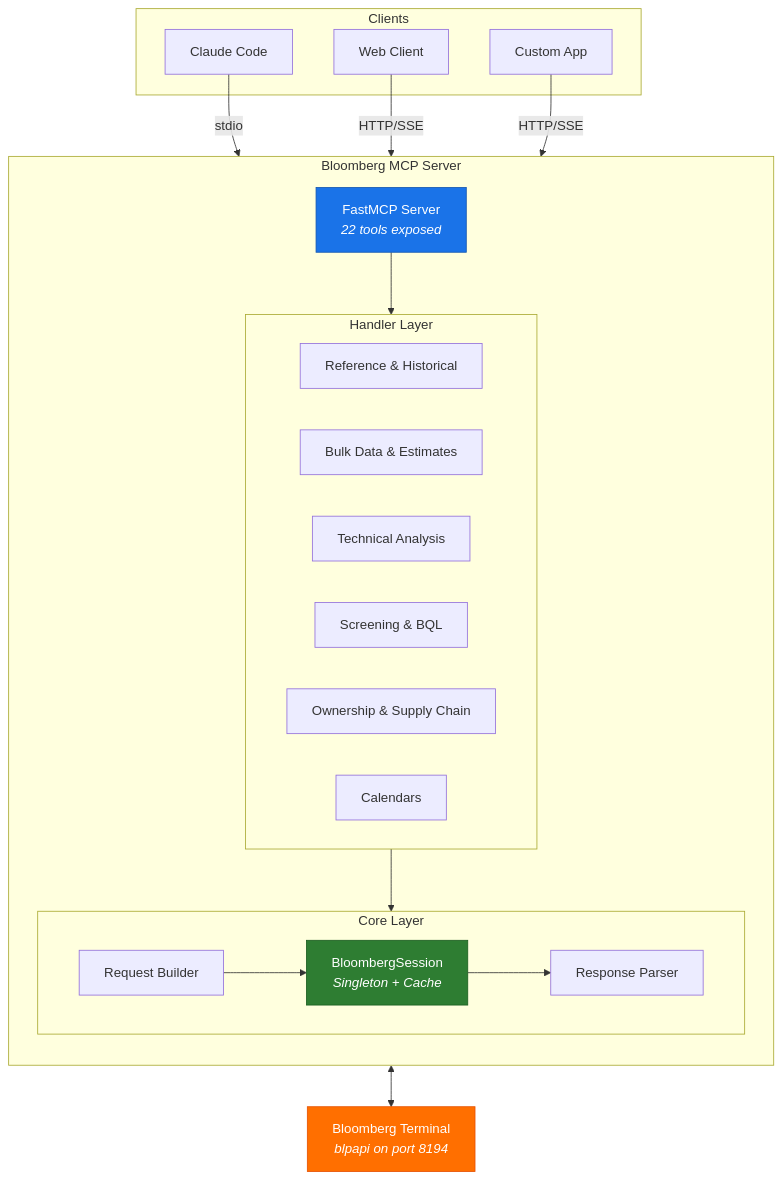
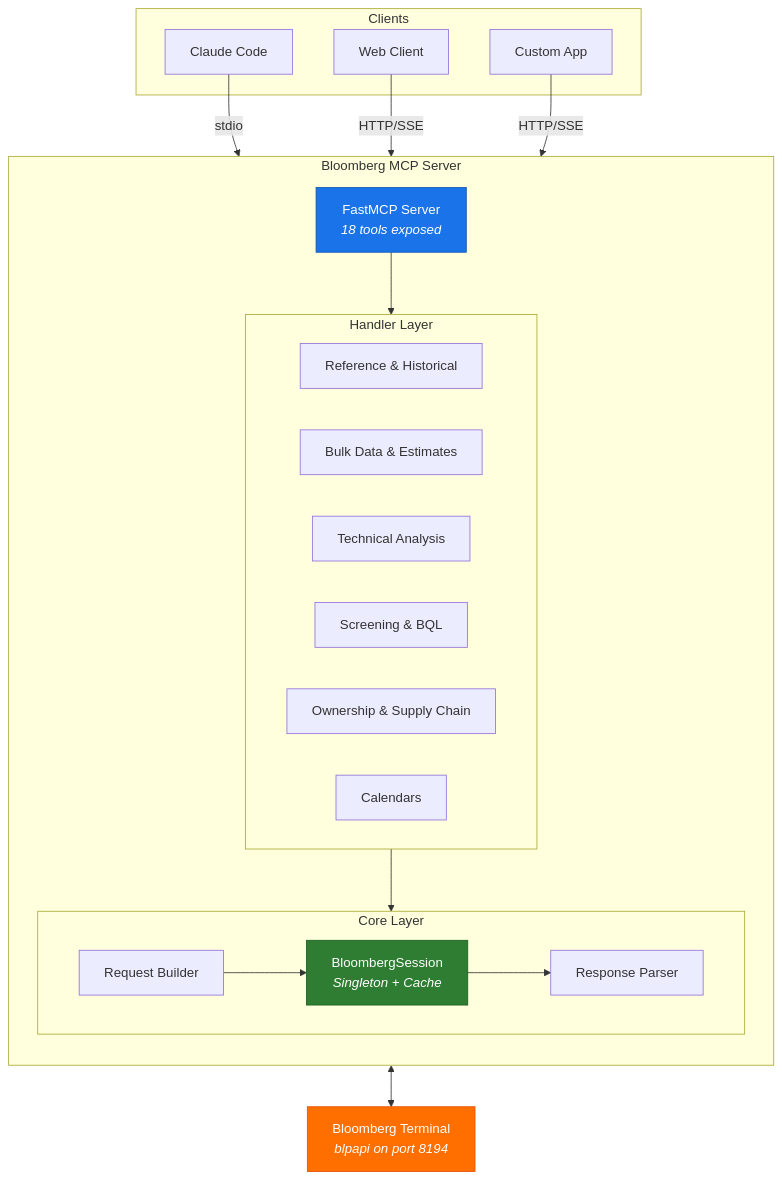
The first of 7 diagrams in README.md (QmQsun/Bloomberg-MCP), drawn with Mermaid before and after one commit. The commit also changed other lines of this file and 14 other files, not shown here.

````diff
--- a/README.md
+++ b/README.md
@@ -25,45 +25,45 @@
 ```mermaid
 graph TB
     subgraph Clients
         CC[Claude Code]
         WC[Web Client]
         CA[Custom App]
     end
 
     subgraph "Bloomberg MCP Server"
         direction TB
-        MCP["FastMCP Server<br/><i>22 tools exposed</i>"]
+        MCP["FastMCP Server<br/><i>18 tools exposed</i>"]
 
         subgraph Handlers["Handler Layer"]
             direction LR
             REF[Reference & Historical]
             BULK[Bulk Data & Estimates]
             TA[Technical Analysis]
             SCREEN[Screening & BQL]
             OWN[Ownership & Supply Chain]
             CAL[Calendars]
         end
 
         subgraph Core["Core Layer"]
             direction LR
             SESSION["BloombergSession<br/><i>Singleton + Cache</i>"]
             REQ[Request Builder]
             RESP[Response Parser]
         end
     end
 
     BBG["Bloomberg Terminal<br/><i>blpapi on port 8194</i>"]
 
     CC -- stdio --> MCP
     WC -- HTTP/SSE --> MCP
     CA -- HTTP/SSE --> MCP
     MCP --> Handlers
     Handlers --> Core
     SESSION <--> BBG
     REQ --> SESSION
     SESSION --> RESP
 
     style MCP fill:#1a73e8,stroke:#1557b0,color:#fff
     style BBG fill:#ff6f00,stroke:#e65100,color:#fff
     style SESSION fill:#2e7d32,stroke:#1b5e20,color:#fff
 ```
````
